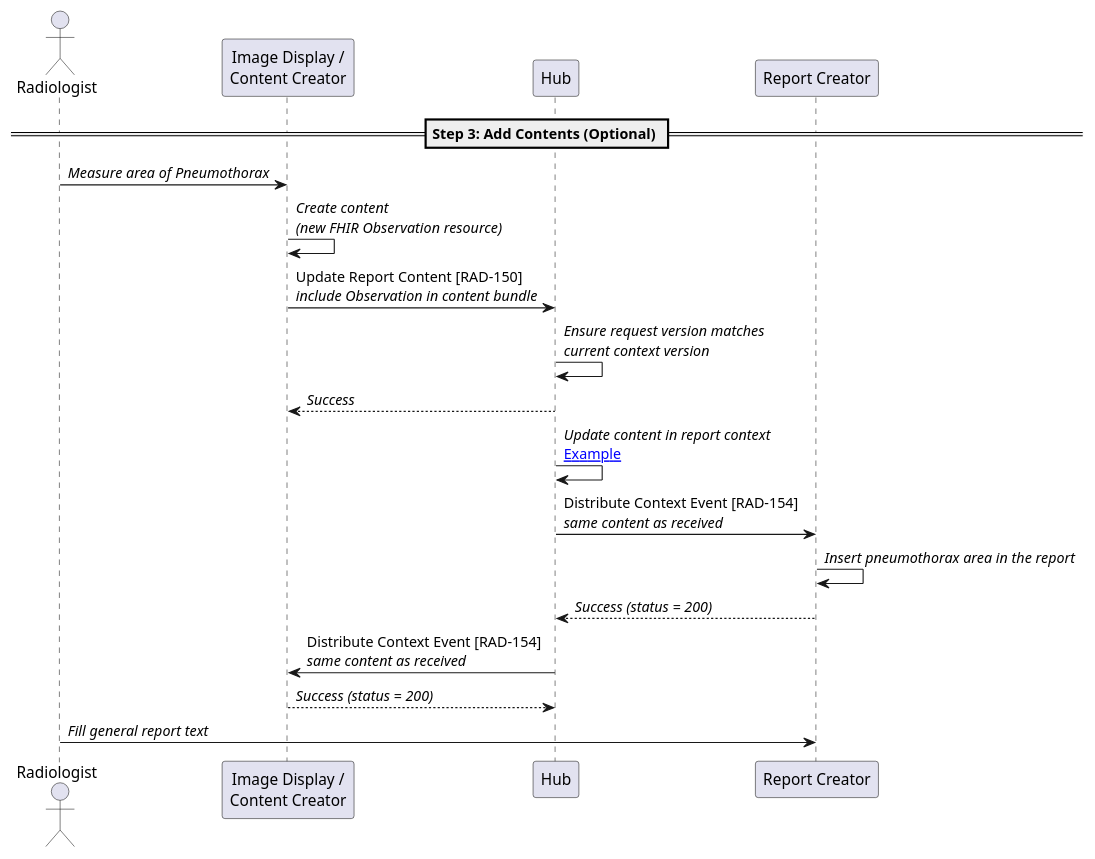
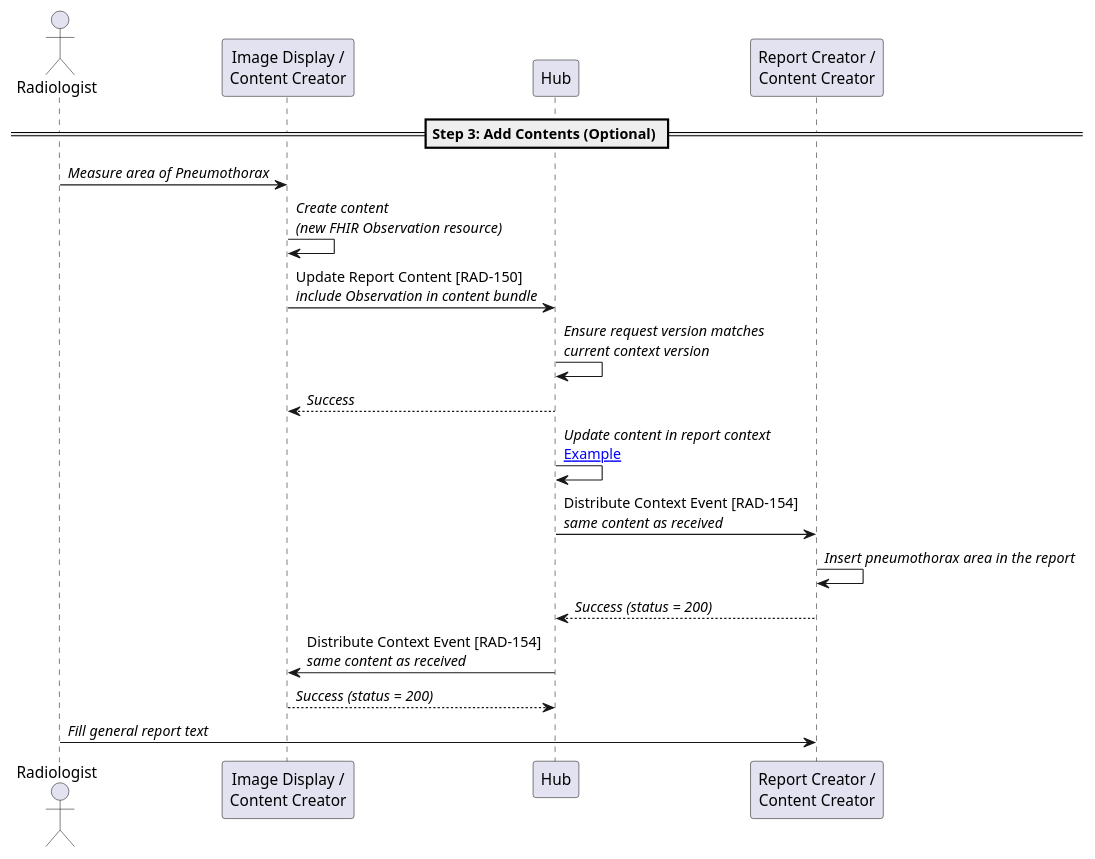
One commit to IHE/RAD.IRA changed the diagram in input/images-source/step3-add-measurements.plantuml. Above: the diagram before and after it, drawn with PlantUML.

Commit message:
Update step3-add-measurements.plantuml
Report Creator is also a Content Creator; added grouped actor to the figure

```diff
--- a/input/images-source/step3-add-measurements.plantuml
+++ b/input/images-source/step3-add-measurements.plantuml
@@ -1,26 +1,26 @@
 @startuml
 
 actor Radiologist as User
 participant "Image Display /\nContent Creator" as PACS
 participant "Hub" as Hub
-participant "Report Creator" as Report
+participant "Report Creator /\nContent Creator" as Report
 
 == Step 3: Add Contents (Optional) ==
 
 User->PACS: //Measure area of Pneumothorax//
 
 PACS->PACS: //Create content//\n//(new FHIR Observation resource)//
 
 PACS->Hub: Update Report Content [RAD-150]\n//include Observation in content bundle//
 Hub->Hub: //Ensure request version matches//\n//current context version//
 Hub-->PACS: //Success//
 Hub->Hub: //Update content in report context//\n[[update_study_with_measurement.html#available-context-and-content-in-hub Example]]
 Hub->Report: Distribute Context Event [RAD-154]\n//same content as received//
 Report->Report: //Insert pneumothorax area in the report//
 Report-->Hub: //Success (status = 200)//
 Hub->PACS: Distribute Context Event [RAD-154]\n//same content as received//
 PACS-->Hub: //Success (status = 200)//
 
 User->Report: //Fill general report text//
 
 @enduml
```
